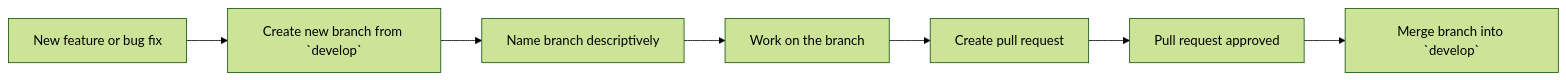
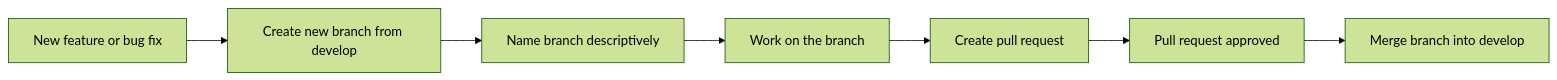
Before and after one commit to BootNodeDev/dAppBooster: the second of 3 diagrams in CONTRIBUTING.md, drawn with Mermaid (forest theme). The commit also changed other lines of this file, not shown here.

````diff
--- a/CONTRIBUTING.md
+++ b/CONTRIBUTING.md
@@ -89,18 +89,18 @@
 ```mermaid
 graph LR
     B[New feature or bug fix]
-    B1[Create new branch from `develop`]
+    B1[Create new branch from develop]
     B2[Name branch descriptively]
     B3[Work on the branch]
     B4[Create pull request]
     B5[Pull request approved]
-    B6[Merge branch into `develop`]
+    B6[Merge branch into develop]
 
     B --> B1
     B1 --> B2
     B2 --> B3
     B3 --> B4
     B4 --> B5
     B5 --> B6
 
 ```
````
